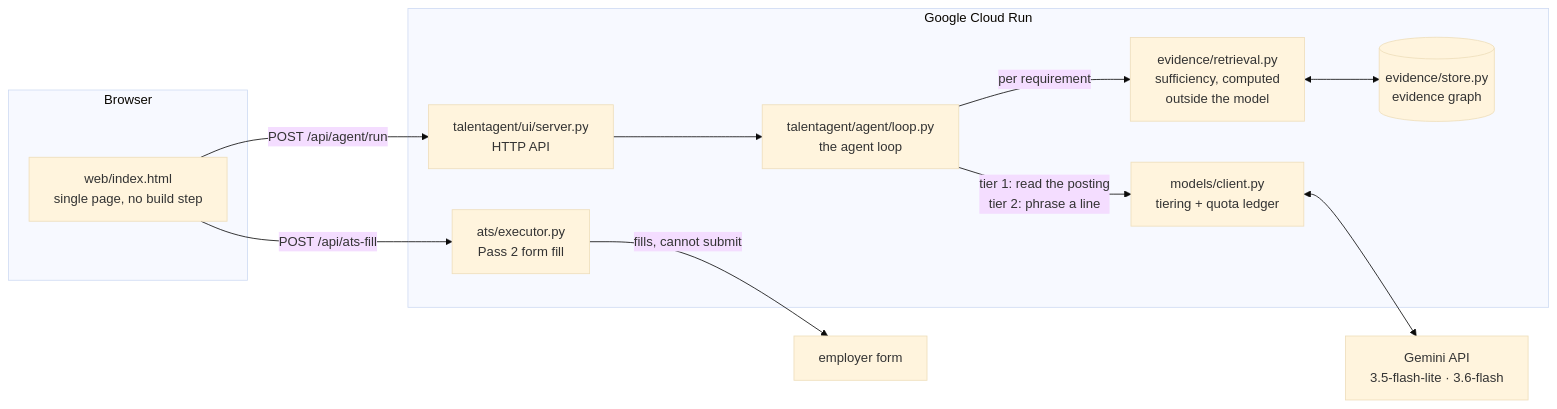
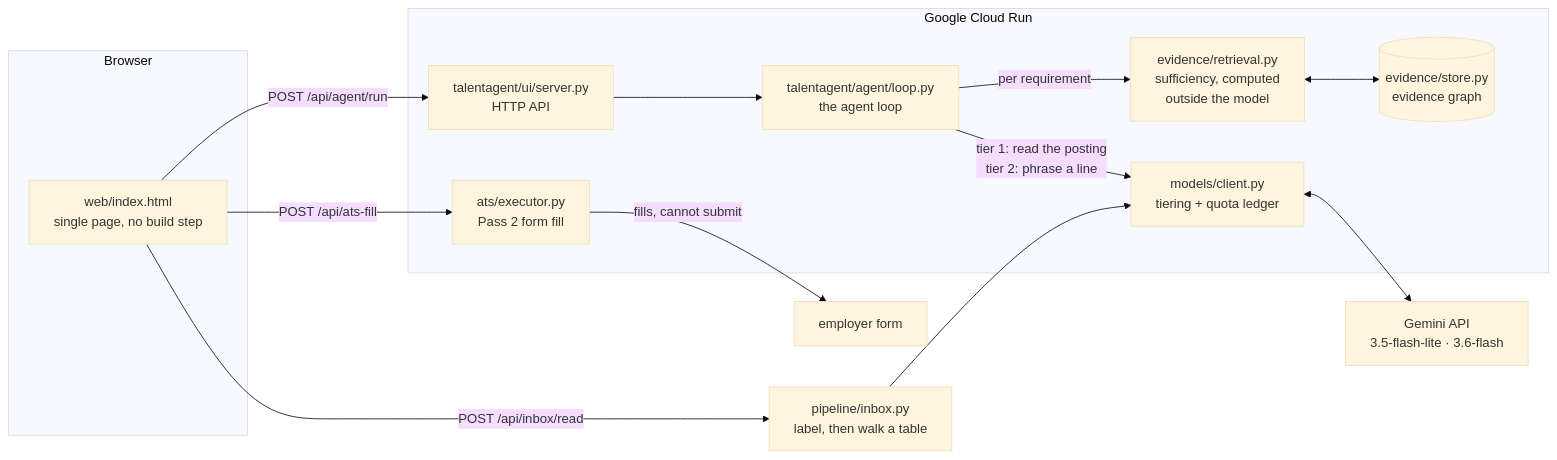
Before and after one commit to sid-ak/TalentAgent: the diagram in README.md, drawn with Mermaid (base theme). The commit also changed other lines of this file and 12 other files, not shown here.

First line of the commit message:
#25-0: Added inbox reading: a model labels, a table decides the state.

````diff
--- a/README.md
+++ b/README.md
@@ -30,26 +30,28 @@
 ```mermaid
 flowchart LR
     subgraph Browser
         UI["web/index.html<br/>single page, no build step"]
     end
 
     subgraph CloudRun["Google Cloud Run"]
         API["talentagent/ui/server.py<br/>HTTP API"]
         LOOP["talentagent/agent/loop.py<br/>the agent loop"]
         RET["evidence/retrieval.py<br/>sufficiency, computed<br/>outside the model"]
         STORE[("evidence/store.py<br/>evidence graph")]
         ATS["ats/executor.py<br/>Pass 2 form fill"]
         MC["models/client.py<br/>tiering + quota ledger"]
     end
 
     GEM["Gemini API<br/>3.5-flash-lite · 3.6-flash"]
 
     UI -->|"POST /api/agent/run"| API
     API --> LOOP
     LOOP -->|"per requirement"| RET
     RET <--> STORE
     LOOP -->|"tier 1: read the posting<br/>tier 2: phrase a line"| MC
     MC <--> GEM
     UI -->|"POST /api/ats-fill"| ATS
     ATS -->|"fills, cannot submit"| FORM["employer form"]
+    UI -->|"POST /api/inbox/read"| INBOX["pipeline/inbox.py<br/>label, then walk a table"]
+    INBOX --> MC
 ```
````
